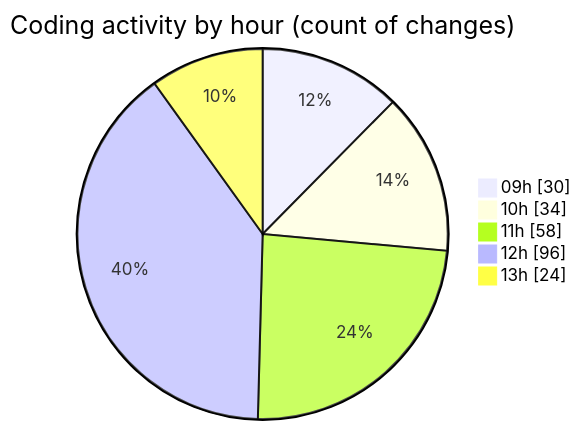
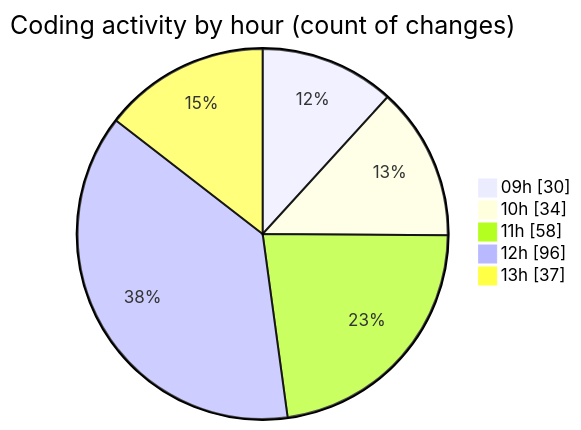
Before and after one commit to momahboobian/code-tracking: the second of 2 diagrams in 2025-04-02/cda/README.md, drawn with Mermaid. The commit also changed other lines of this file and 1 other file, not shown here.

````diff
--- a/2025-04-02/cda/README.md
+++ b/2025-04-02/cda/README.md
@@ -36,9 +36,9 @@
 ```mermaid
 pie showData
 title Coding activity by hour (count of changes)
 "09h" : 30
 "10h" : 34
 "11h" : 58
 "12h" : 96
-"13h" : 24
+"13h" : 37
 ```
````
